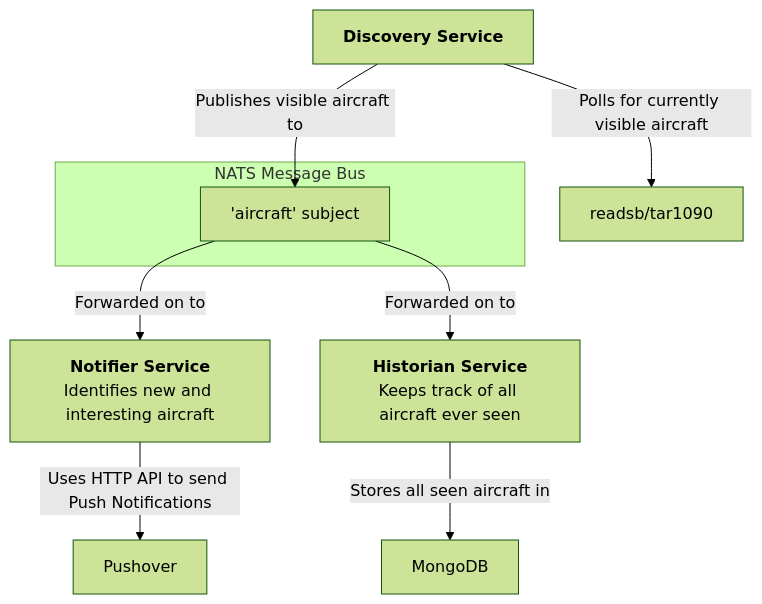
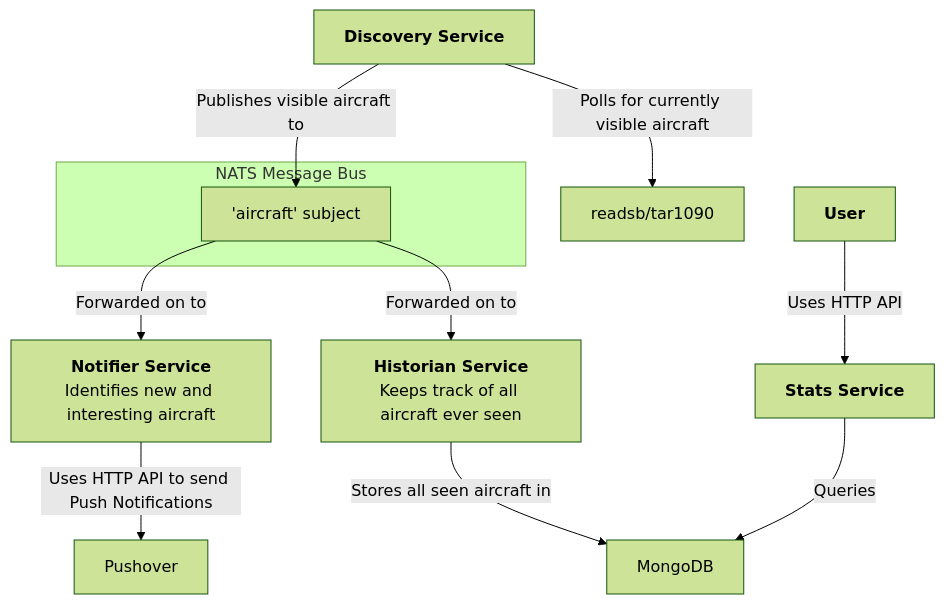
The diagram in README.md (corinm/aircraft), drawn with Mermaid (forest theme) before and after one commit.

Commit message:
docs: add stats service to diagram

````diff
--- a/README.md
+++ b/README.md
@@ -14,23 +14,29 @@
 ```mermaid
 flowchart TD
     subgraph NATS["NATS Message Bus"]
         DMessage["'aircraft' subject"]
     end
 
     Readsb["readsb/tar1090"]
     Discovery["`**Discovery Service**`"]
     Notifier["`**Notifier Service**
     Identifies new and interesting aircraft`"]
     Historian["`**Historian Service**
     Keeps track of all aircraft ever seen`"]
     Pushover["Pushover"]
     MongoDB["MongoDB"]
+    Stats["`**Stats Service**`"]
+    User["`**User**`"]
 
     Discovery -->|Polls for currently visible aircraft| Readsb
     Discovery -->|Publishes visible aircraft to| DMessage
     DMessage -->|Forwarded on to| Notifier
     DMessage -->|Forwarded on to| Historian
 
     Notifier -->|Uses HTTP API to send Push Notifications| Pushover
     Historian -->|Stores all seen aircraft in| MongoDB
+
+    User -->|Uses HTTP API| Stats
+    Stats -->|Queries| MongoDB
+
 ```
````
